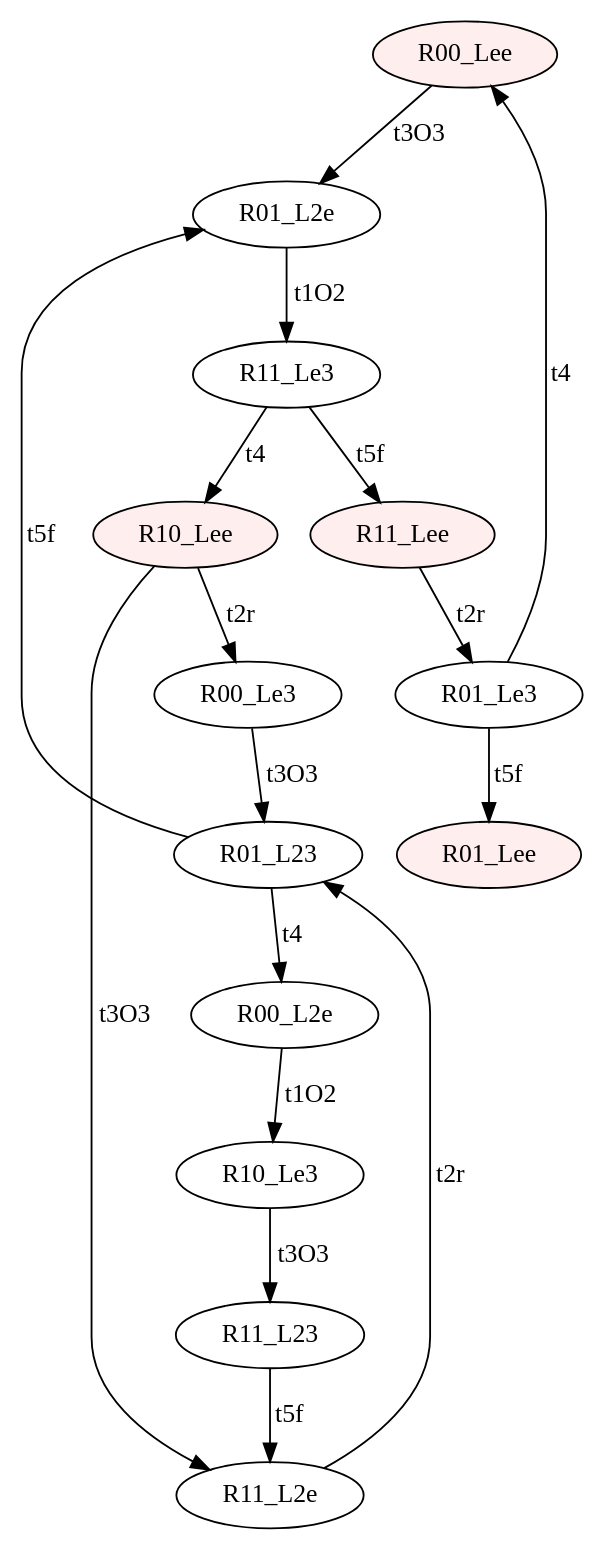
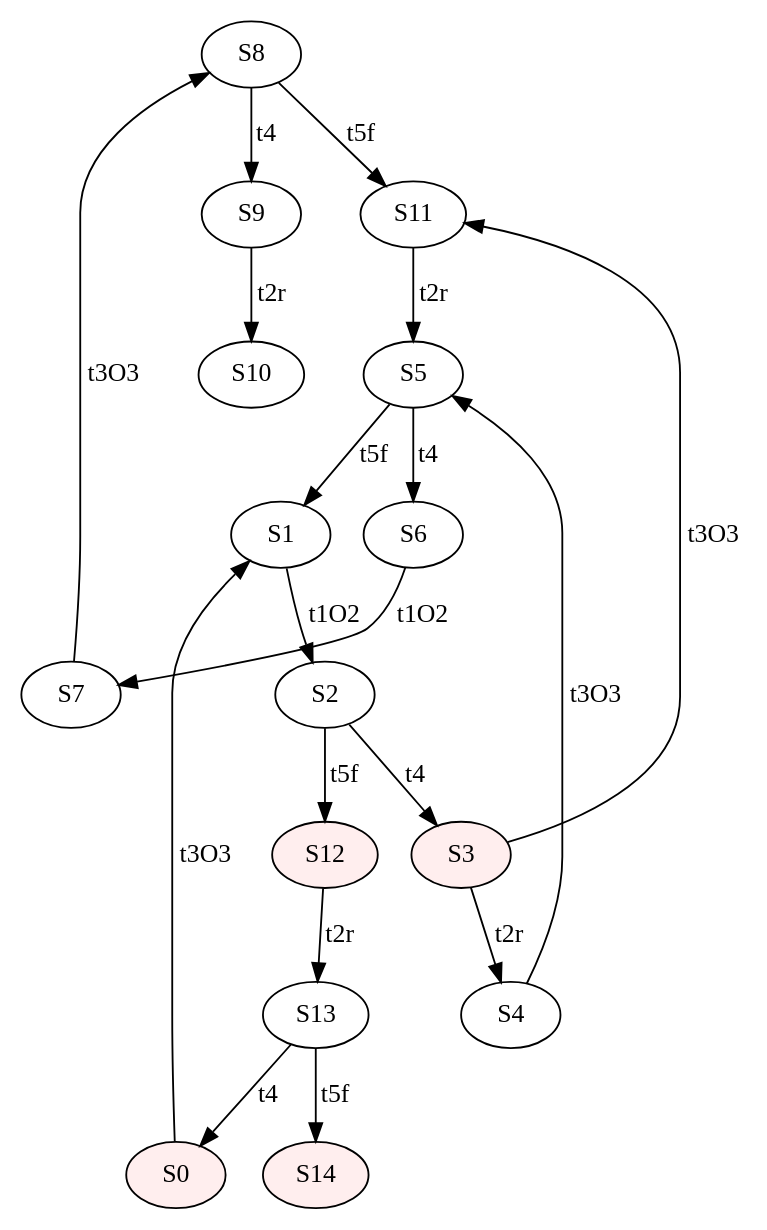
The diagram in input/e_SC.dot (Stefano-BS/Explanatory-Diagnosis), drawn with Graphviz before and after one commit. The commit also changed 17 other files, not shown here.

```diff
--- a/input/e_SC.dot
+++ b/input/e_SC.dot
@@ -1,31 +1,35 @@
 digraph "SCinput/e" {
-node [style=filled fillcolor="#FFEEEE"]; R00_Lee ;
-node [fillcolor="#FFFFFF"]; R01_L2e ;
-node [fillcolor="#FFFFFF"]; R01_L23 ;
-node [fillcolor="#FFFFFF"]; R00_Le3 ;
-node [fillcolor="#FFFFFF"]; R00_L2e ;
-node [style=filled fillcolor="#FFEEEE"]; R11_Lee ;
-node [fillcolor="#FFFFFF"]; R11_Le3 ;
-node [style=filled fillcolor="#FFEEEE"]; R01_Lee ;
-node [fillcolor="#FFFFFF"]; R11_L2e ;
-node [style=filled fillcolor="#FFEEEE"]; R10_Lee ;
-node [fillcolor="#FFFFFF"]; R01_Le3 ;
-node [fillcolor="#FFFFFF"]; R11_L23 ;
-node [fillcolor="#FFFFFF"]; R10_Le3 ;
-R01_L2e -> R11_Le3 [label=t1O2]
-R00_Lee -> R01_L2e [label=t3O3]
-R01_L23 -> R01_L2e [label=t5f]
-R01_L23 -> R00_L2e [label=t4]
-R00_Le3 -> R01_L23 [label=t3O3]
-R00_L2e -> R10_Le3 [label=t1O2]
-R11_Lee -> R01_Le3 [label=t2r]
-R11_Le3 -> R11_Lee [label=t5f]
-R11_Le3 -> R10_Lee [label=t4]
-R11_L2e -> R01_L23 [label=t2r]
-R10_Lee -> R11_L2e [label=t3O3]
-R10_Lee -> R00_Le3 [label=t2r]
-R01_Le3 -> R01_Lee [label=t5f]
-R01_Le3 -> R00_Lee [label=t4]
-R11_L23 -> R11_L2e [label=t5f]
-R10_Le3 -> R11_L23 [label=t3O3]
+node [fillcolor="#FFFFFF"]; S9 ;
+node [fillcolor="#FFFFFF"]; S7 ;
+node [style=filled fillcolor="#FFEEEE"]; S3 ;
+node [style=filled fillcolor="#FFEEEE"]; S12 ;
+node [fillcolor="#FFFFFF"]; S11 ;
+node [fillcolor="#FFFFFF"]; S8 ;
+node [fillcolor="#FFFFFF"]; S2 ;
+node [fillcolor="#FFFFFF"]; S10 ;
+node [fillcolor="#FFFFFF"]; S6 ;
+node [style=filled fillcolor="#FFEEEE"]; S0 ;
+node [fillcolor="#FFFFFF"]; S4 ;
+node [style=filled fillcolor="#FFEEEE"]; S14 ;
+node [fillcolor="#FFFFFF"]; S13 ;
+node [fillcolor="#FFFFFF"]; S5 ;
+node [fillcolor="#FFFFFF"]; S1 ;
+S9 -> S10 [label=t2r]
+S7 -> S8 [label=t3O3]
+S3 -> S11 [label=t3O3]
+S3 -> S4 [label=t2r]
+S12 -> S13 [label=t2r]
+S11 -> S5 [label=t2r]
+S8 -> S11 [label=t5f]
+S8 -> S9 [label=t4]
+S2 -> S12 [label=t5f]
+S2 -> S3 [label=t4]
+S6 -> S7 [label=t1O2]
+S0 -> S1 [label=t3O3]
+S4 -> S5 [label=t3O3]
+S13 -> S14 [label=t5f]
+S13 -> S0 [label=t4]
+S5 -> S1 [label=t5f]
+S5 -> S6 [label=t4]
+S1 -> S2 [label=t1O2]
 }
```
